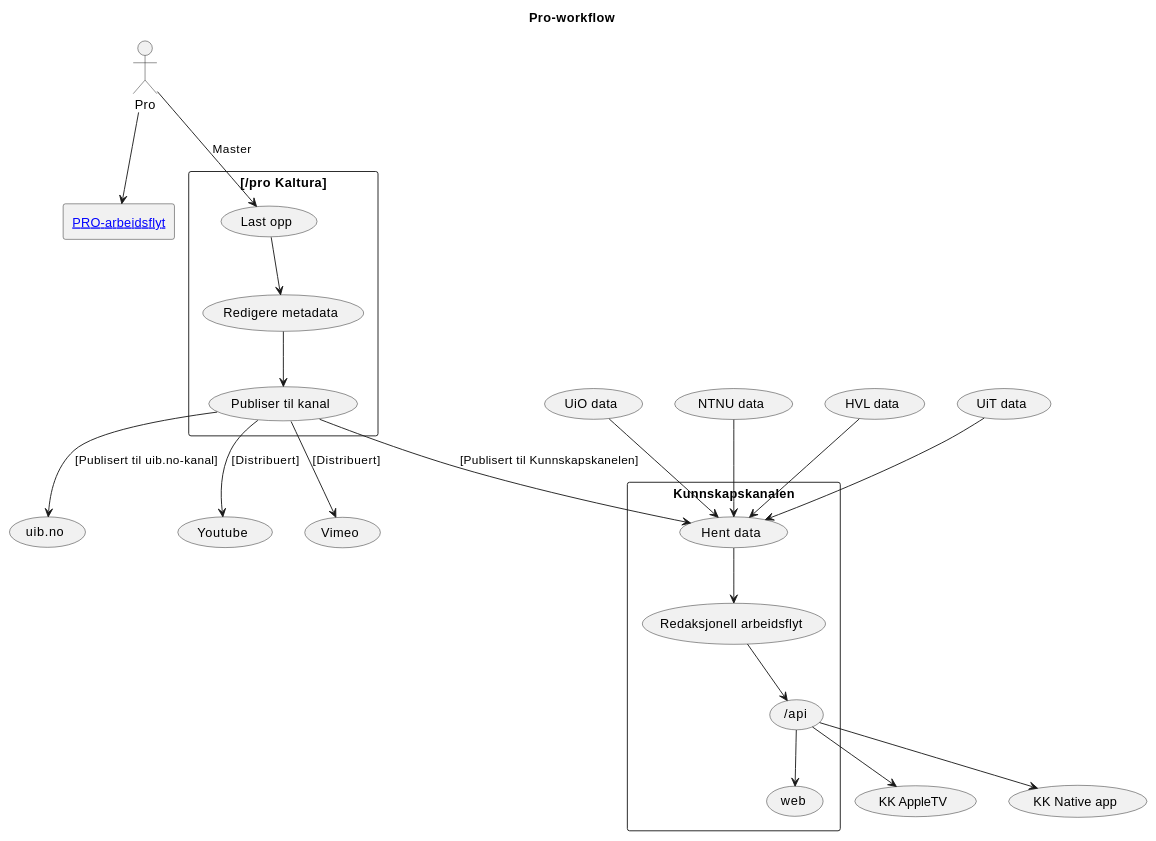
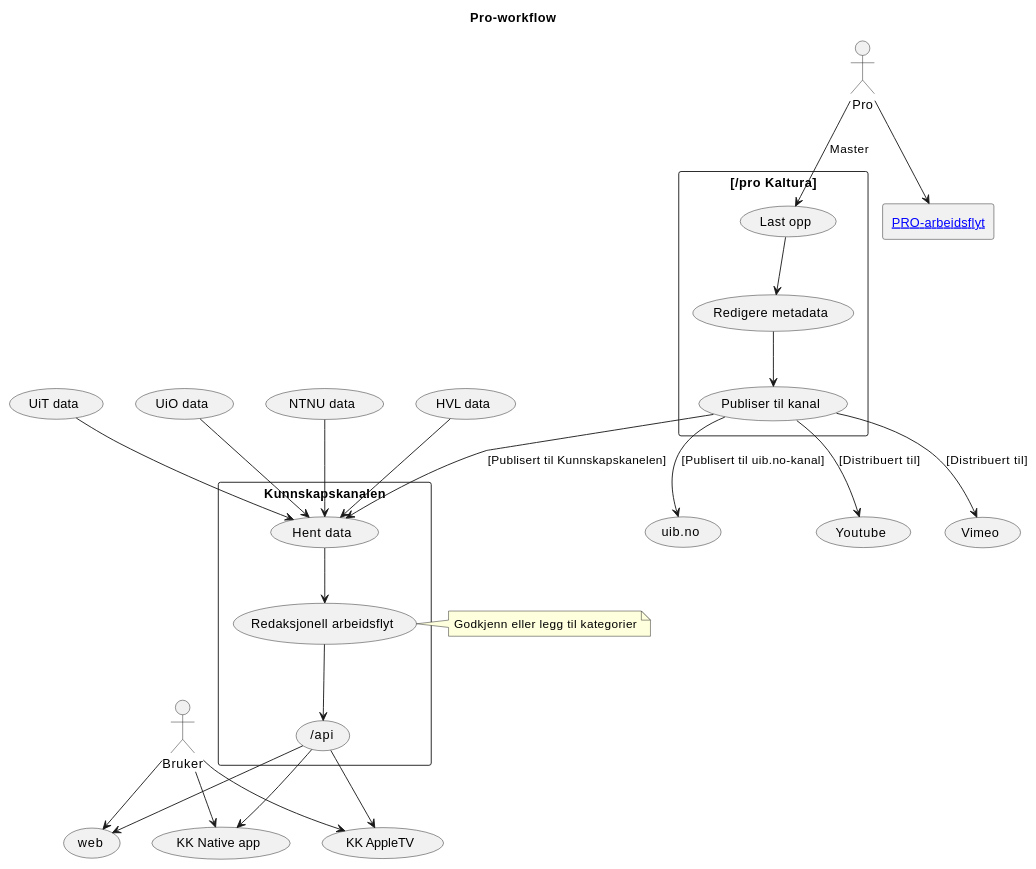
The diagram in src/docs/kk-workflow.md (tarjelavik/mam-dlr-architecture), drawn with PlantUML before and after one commit.

Commit message:
Veldig inkrimentel oppdatering

````diff
--- a/src/docs/kk-workflow.md
+++ b/src/docs/kk-workflow.md
@@ -6,49 +6,57 @@
 ```plantuml 
 @startuml
 
 title Pro-workflow
 
 rectangle "[[/pro-workflow PRO-arbeidsflyt]]" as prowf {
 
 }
 
 rectangle "[[/pro Kaltura]]" {
     (Last opp)
     (Redigere metadata) as metadata
     (Publiser til kanal) as channel
 }
 
 rectangle Kunnskapskanalen as kk {
     (Hent data) as source
     (Redaksjonell arbeidsflyt)
     (/api)
-    (web)
 }
 
 :Pro:
+:Bruker:
 
 Pro --> prowf
 
 Pro --> (Last opp) : Master
 (Last opp) --> metadata
 metadata --> channel
 
 channel --> source : "[Publisert til Kunnskapskanelen]"
 channel --> (uib.no) : "[Publisert til uib.no-kanal]"
-channel --> (Youtube) : "[Distribuert]"
-channel --> (Vimeo) : "[Distribuert]"
+channel --> (Youtube) : "[Distribuert til]"
+channel --> (Vimeo) : "[Distribuert til]"
 
 (UiO data) --> source
 (NTNU data) --> source
 (HVL data) --> source
 (UiT data) --> source
 
 source --> (Redaksjonell arbeidsflyt)
 (Redaksjonell arbeidsflyt) --> (/api)
 
-(/api) --> web
+(/api) --> (web)
 (/api) --> (KK AppleTV)
 (/api) --> (KK Native app)
 
+Bruker --> (web)
+Bruker --> (KK AppleTV)
+Bruker --> (KK Native app)
+
+note right of (Redaksjonell arbeidsflyt)
+    Godkjenn eller legg til kategorier
+end note
+
 @enduml
 ```
````
